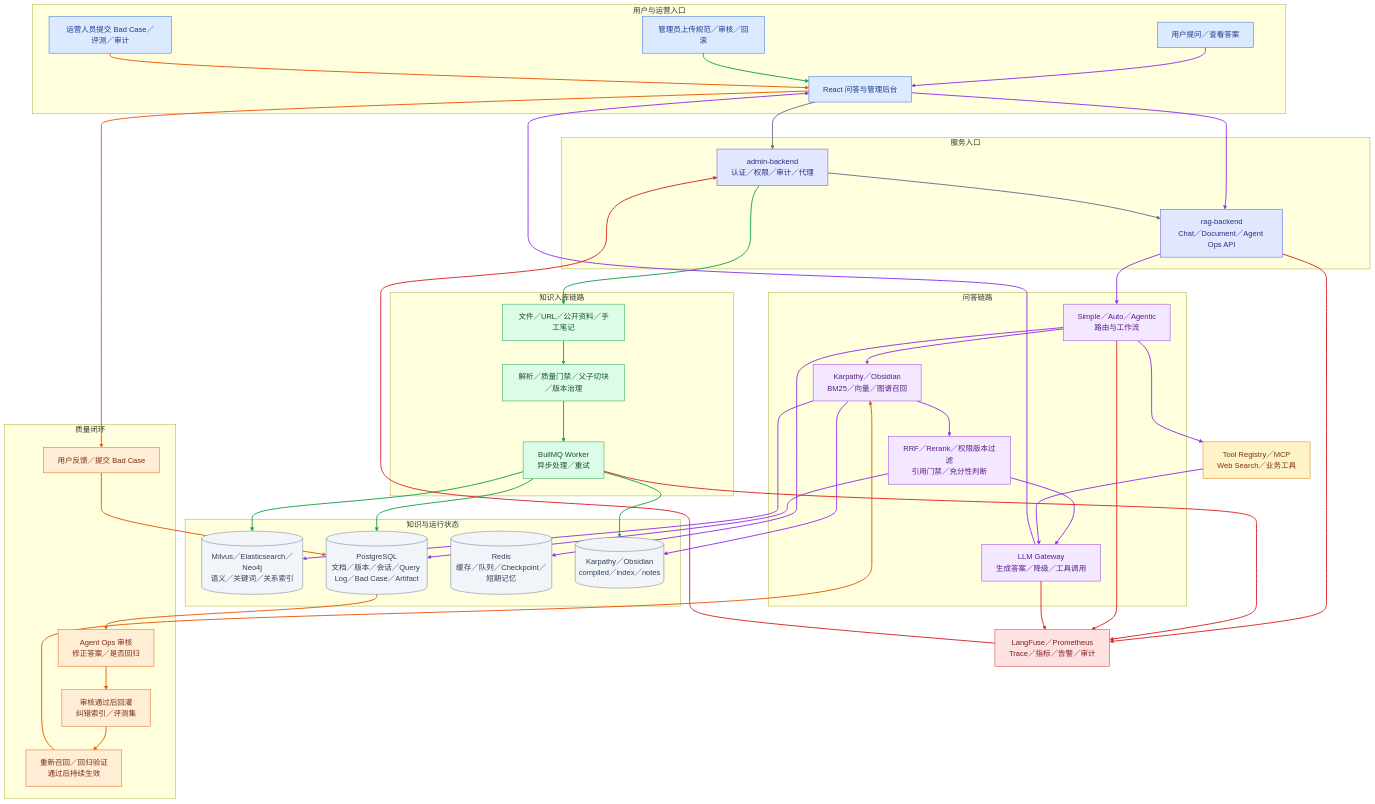
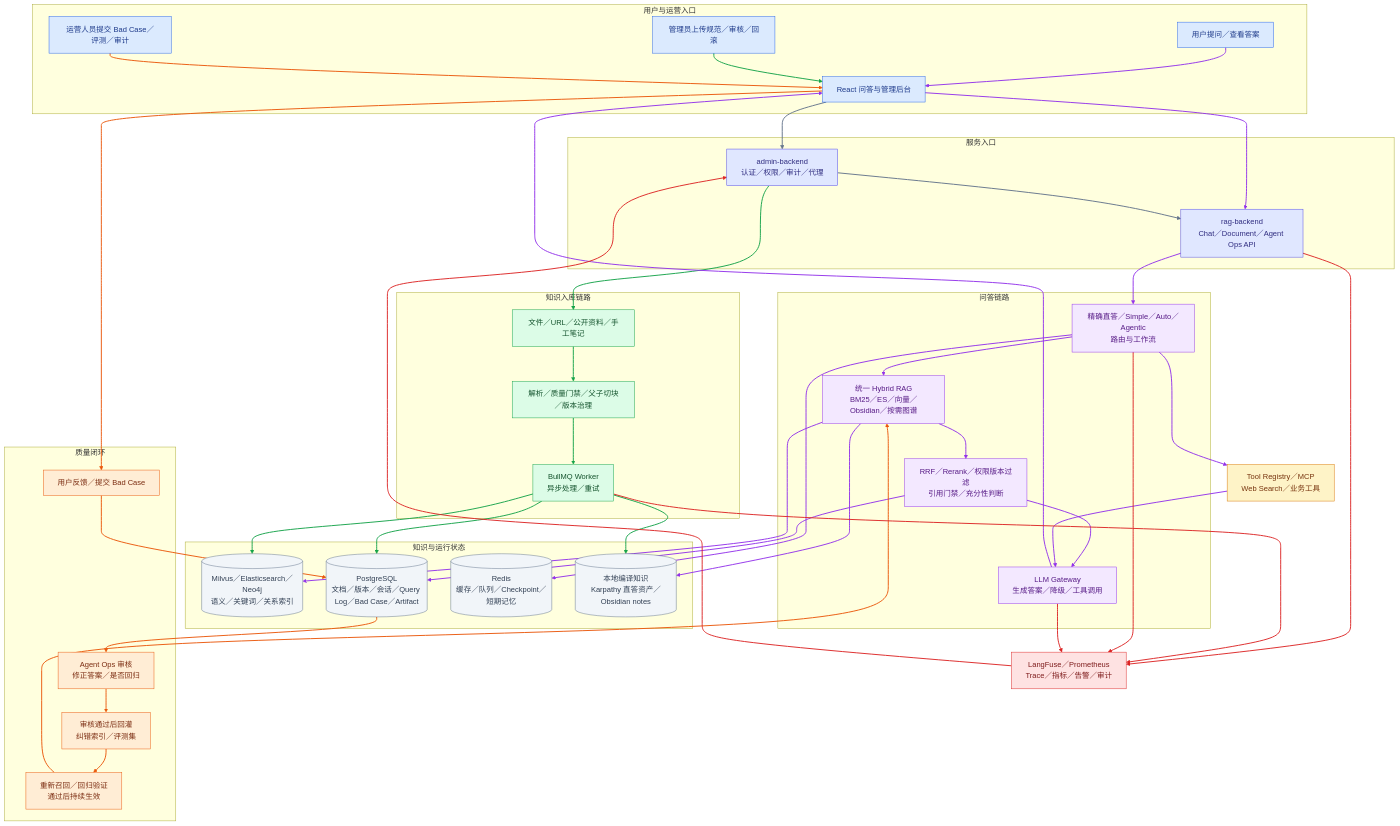
One commit to monstereatai/RAG changed the diagram in docs/interview/README.md. Above: the diagram before and after it, drawn with Mermaid. The commit also changed other lines of this file and 97 other files, not shown here.

```diff
--- a/docs/interview/README.md
+++ b/docs/interview/README.md
@@ -70,8 +70,8 @@
   end
 
   subgraph QUERY[问答链路]
-    Router[Simple／Auto／Agentic\n路由与工作流]
-    Retrieve[Karpathy／Obsidian\nBM25／向量／图谱召回]
+    Router[精确直答／Simple／Auto／Agentic\n路由与工作流]
+    Retrieve[统一 Hybrid RAG\nBM25／ES／向量／Obsidian／按需图谱]
     Gate[RRF／Rerank／权限版本过滤\n引用门禁／充分性判断]
     Answer[LLM Gateway\n生成答案／降级／工具调用]
   end
@@ -80,7 +80,7 @@
     Index[(Milvus／Elasticsearch／Neo4j\n语义／关键词／关系索引)]
     Knowledge[(PostgreSQL\n文档／版本／会话／Query Log／Bad Case／Artifact)]
     Memory[(Redis\n缓存／队列／Checkpoint／短期记忆)]
-    Obsidian[(Karpathy／Obsidian\ncompiled／index／notes)]
+    Obsidian[(本地编译知识\nKarpathy 直答资产／Obsidian notes)]
   end
 
   subgraph FLYWHEEL[质量闭环]
```
